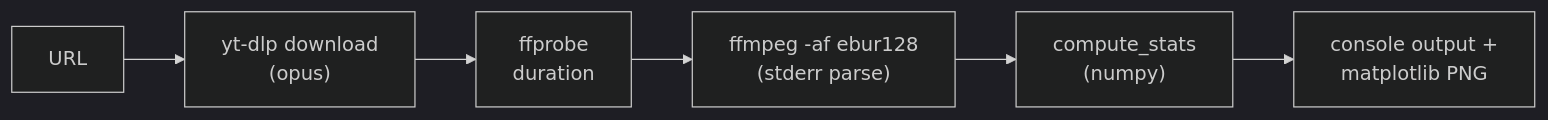
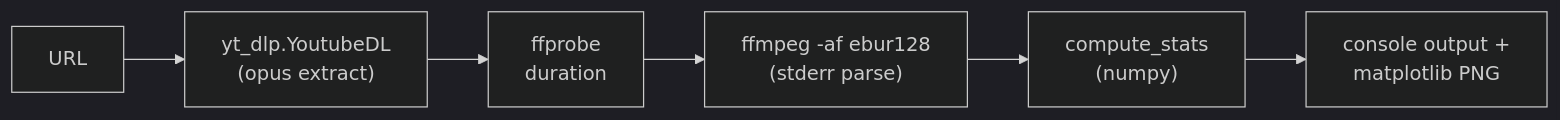
The second of 3 diagrams in docs/architecture.md (semnil/analyze-loudness), drawn with Mermaid (dark theme) before and after one commit. The commit also changed other lines of this file and 3 other files, not shown here.

First line of the commit message:
docs: architecture / security-audit / CLAUDE / README を更新

````diff
--- a/docs/architecture.md
+++ b/docs/architecture.md
@@ -68,8 +68,8 @@
 ```mermaid
 graph LR
-    A["URL"] --> B["yt-dlp download<br/>(opus)"]
+    A["URL"] --> B["yt_dlp.YoutubeDL<br/>(opus extract)"]
     B --> C["ffprobe<br/>duration"]
     C --> D["ffmpeg -af ebur128<br/>(stderr parse)"]
     D --> E["compute_stats<br/>(numpy)"]
     E --> F["console output +<br/>matplotlib PNG"]
 ```
````
